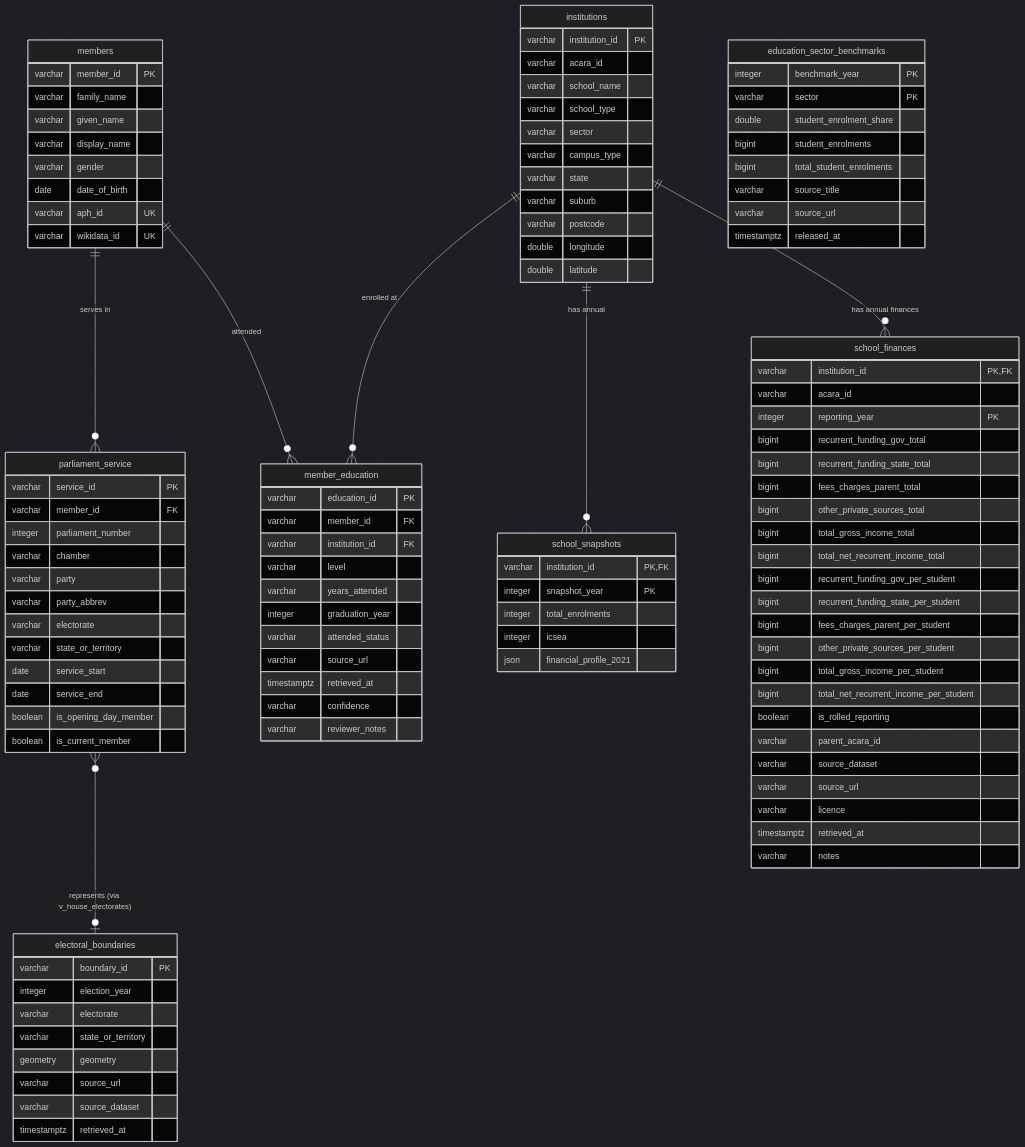
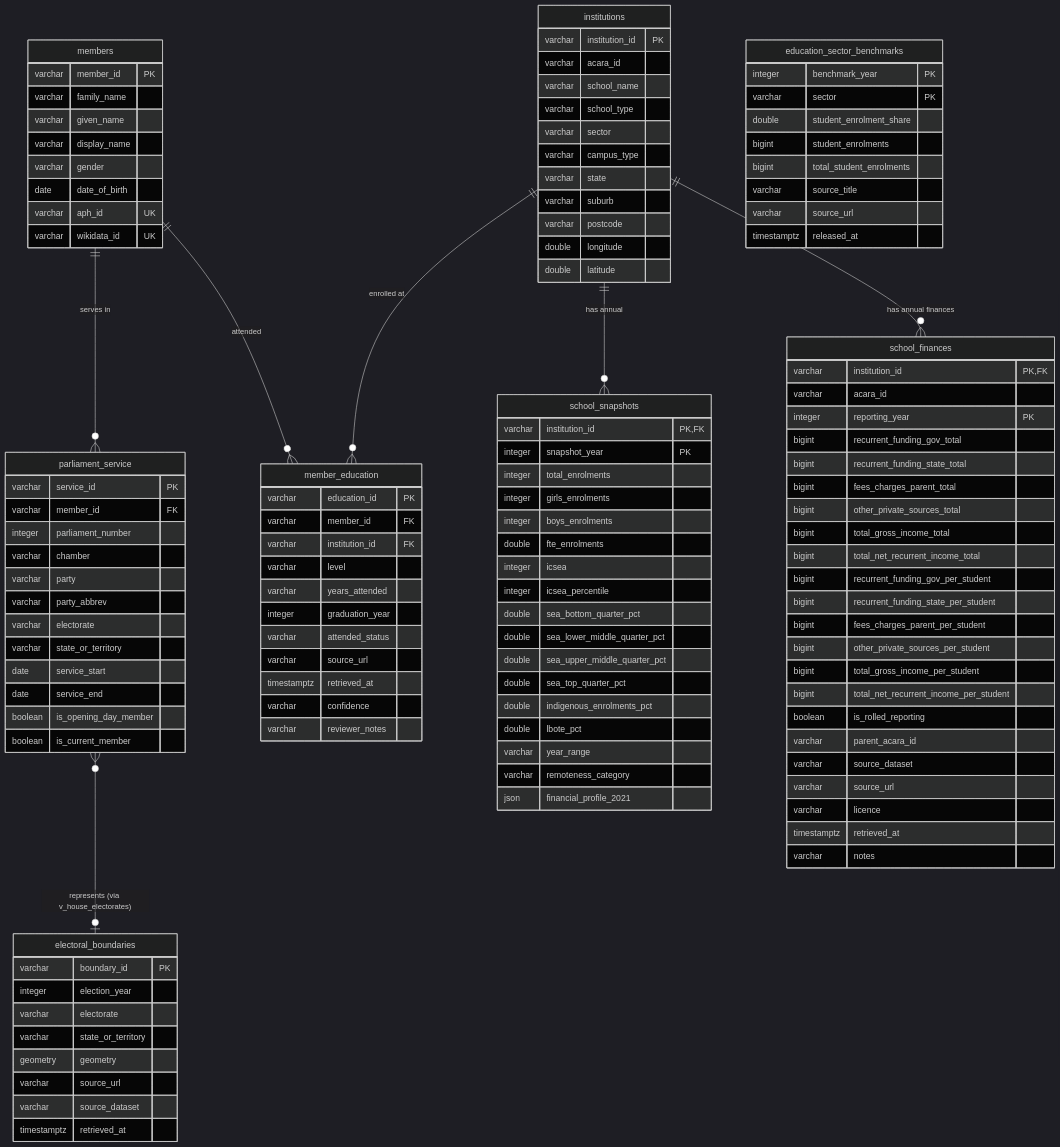
One commit to Mappboy/apemap changed the diagram in docs/data-model.md. Above: the diagram before and after it, drawn with Mermaid (dark theme). The commit also changed other lines of this file and 4 other files, not shown here.

```diff
--- a/docs/data-model.md
+++ b/docs/data-model.md
@@ -96,7 +96,19 @@
         varchar institution_id PK,FK
         integer snapshot_year PK
         integer total_enrolments
+        integer girls_enrolments
+        integer boys_enrolments
+        double fte_enrolments
         integer icsea
+        integer icsea_percentile
+        double sea_bottom_quarter_pct
+        double sea_lower_middle_quarter_pct
+        double sea_upper_middle_quarter_pct
+        double sea_top_quarter_pct
+        double indigenous_enrolments_pct
+        double lbote_pct
+        varchar year_range
+        varchar remoteness_category
         json financial_profile_2021
     }
 
```
